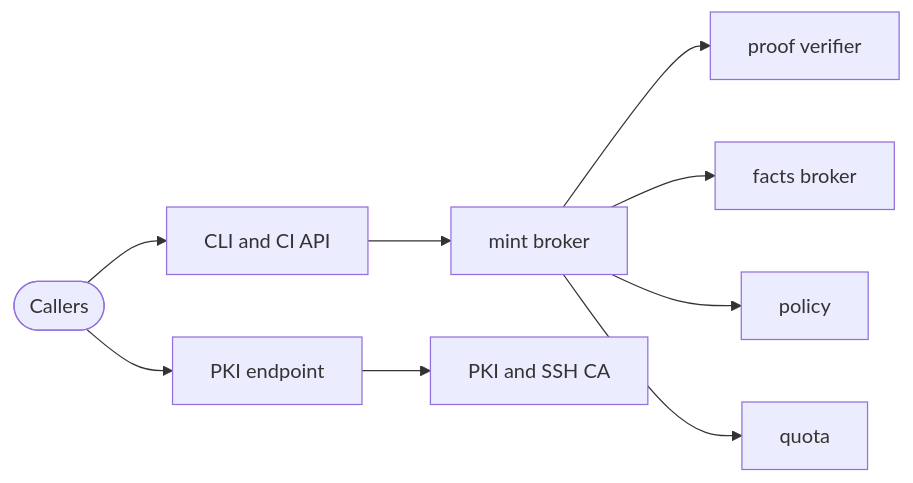
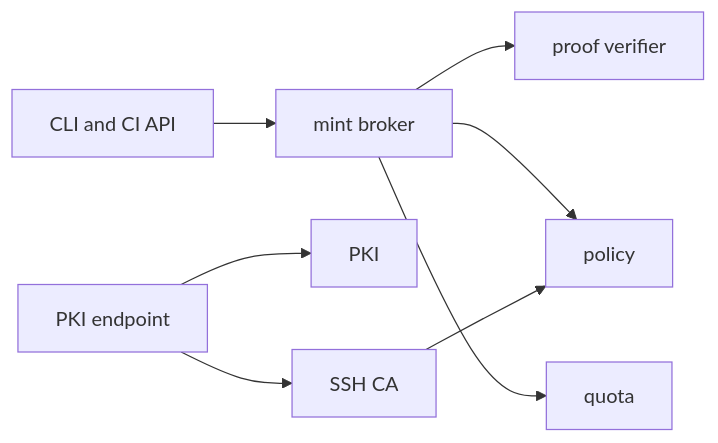
The fourth of 7 diagrams in docs/architecture/components.md (truvity/sluis), drawn with Mermaid before and after one commit. The commit also changed other lines of this file and 118 other files, not shown here.

````diff
--- a/docs/architecture/components.md
+++ b/docs/architecture/components.md
@@ -212,21 +203,19 @@
 ```mermaid
 flowchart LR
-  clients(["Callers"])
   cli["CLI and CI API"]
   pkiep["PKI endpoint"]
   mint["mint broker"]
   proof["proof verifier"]
-  facts["facts broker"]
   pol["policy"]
   quota["quota"]
-  pki["PKI and SSH CA"]
+  pki["PKI"]
+  ssh["SSH CA"]
 
-  clients --> cli
-  clients --> pkiep
   cli --> mint
   mint --> proof
-  mint --> facts
   mint --> pol
   mint --> quota
   pkiep --> pki
+  pkiep --> ssh
+  ssh --> pol
 ```
````
